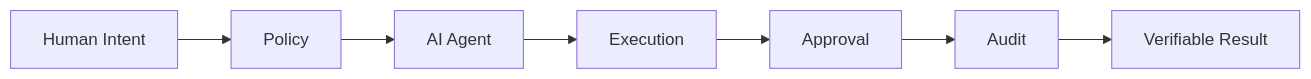
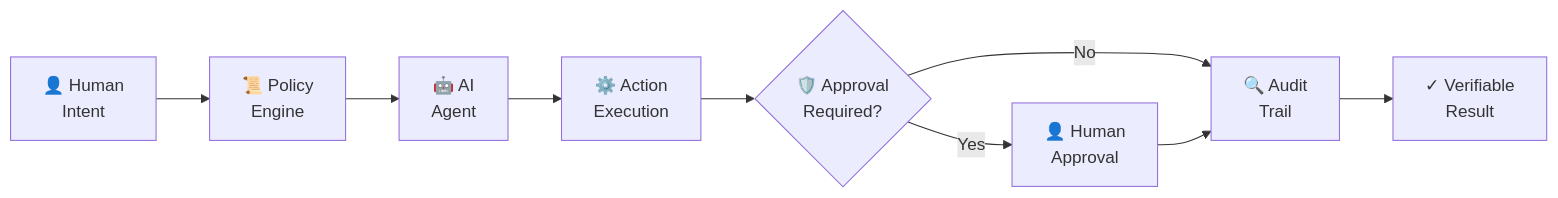
One commit to veerendrakalyanbabu-VKB/veerendrakalyanbabu-VKB changed the second of 6 diagrams in README.md. Above: the diagram before and after it, drawn with Mermaid. The commit also changed other lines of this file, not shown here.

````diff
--- a/README.md
+++ b/README.md
@@ -82,9 +174,11 @@
 ```mermaid
 flowchart LR
-    A[Human Intent] --> B[Policy]
-    B --> C[AI Agent]
-    C --> D[Execution]
-    D --> E[Approval]
-    E --> F[Audit]
-    F --> G[Verifiable Result]
+    A["👤 Human<br/>Intent"] --> B["📜 Policy<br/>Engine"]
+    B --> C["🤖 AI<br/>Agent"]
+    C --> D["⚙️ Action<br/>Execution"]
+    D --> E{"🛡️ Approval<br/>Required?"}
+    E -->|Yes| F["👤 Human<br/>Approval"]
+    E -->|No| G["🔍 Audit<br/>Trail"]
+    F --> G
+    G --> H["✓ Verifiable<br/>Result"]
 ```
````
